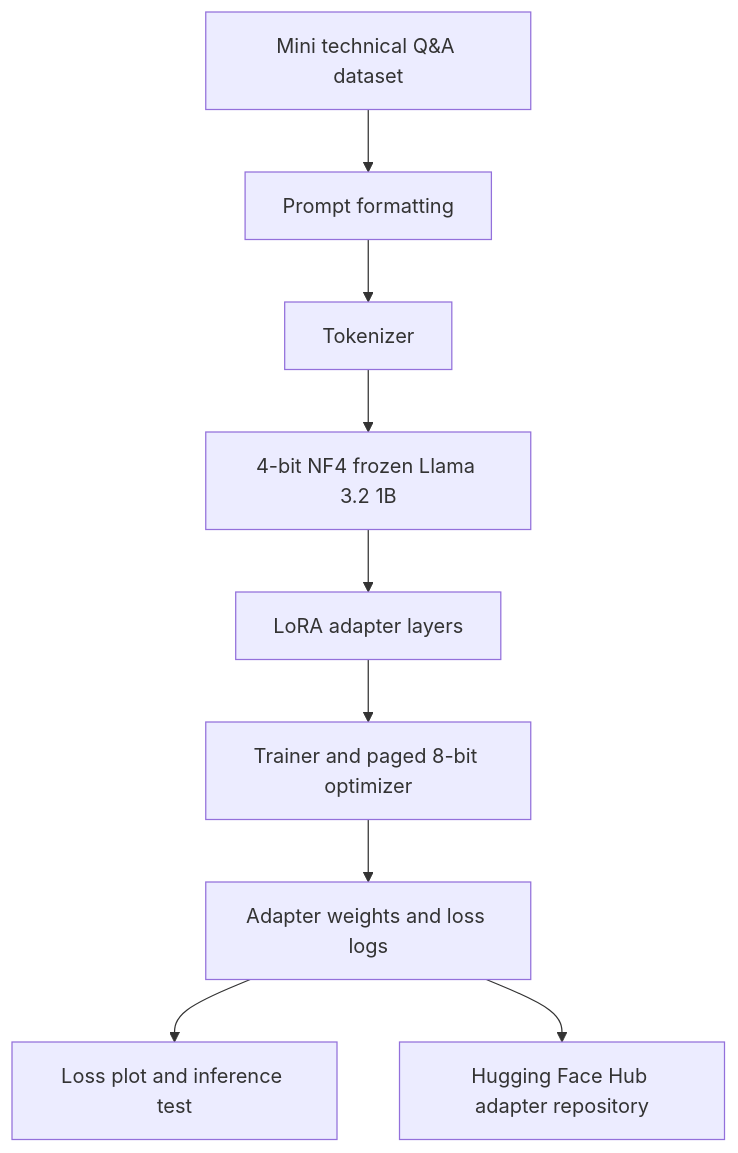
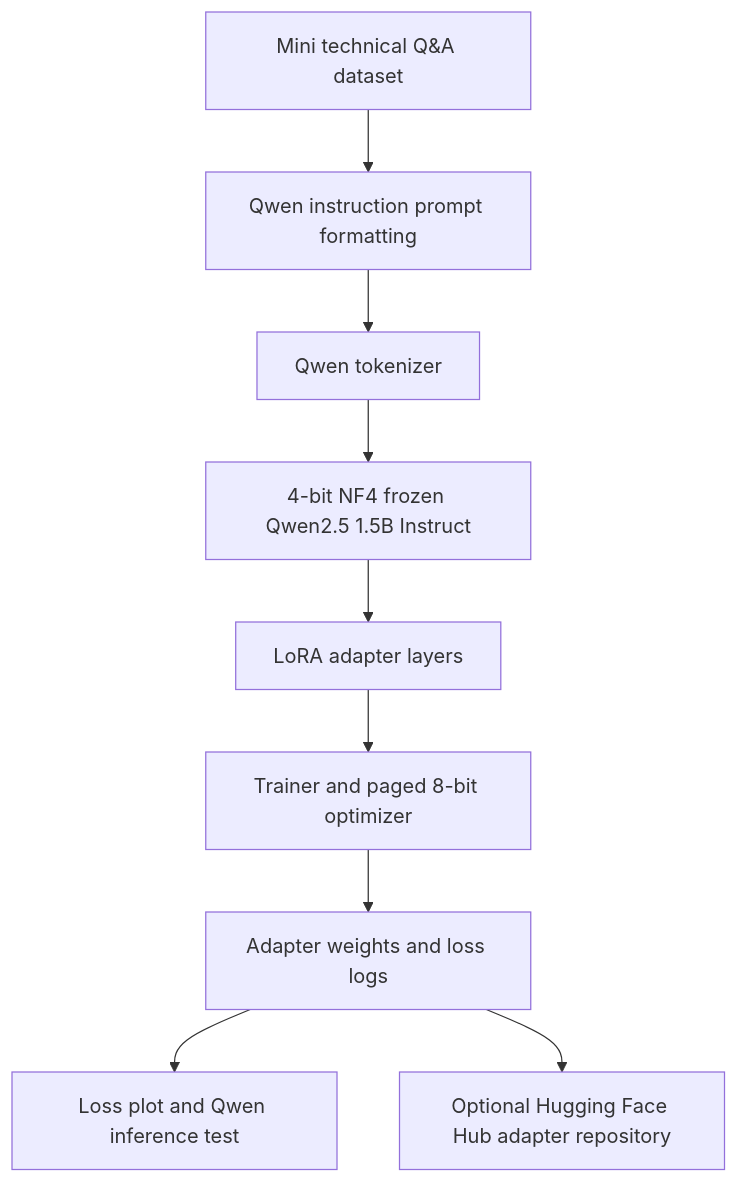
Before and after one commit to shallow2024/Day5-qlora-finetuning-notebook: the diagram in docs/architecture.md, drawn with Mermaid. The commit also changed other lines of this file and 3 other files, not shown here.

````diff
--- a/docs/architecture.md
+++ b/docs/architecture.md
@@ -3,11 +3,11 @@
 ```mermaid
 flowchart TD
-    A[Mini technical Q&A dataset] --> B[Prompt formatting]
-    B --> C[Tokenizer]
-    C --> D[4-bit NF4 frozen Llama 3.2 1B]
+    A[Mini technical Q&A dataset] --> B[Qwen instruction prompt formatting]
+    B --> C[Qwen tokenizer]
+    C --> D[4-bit NF4 frozen Qwen2.5 1.5B Instruct]
     D --> E[LoRA adapter layers]
     E --> F[Trainer and paged 8-bit optimizer]
     F --> G[Adapter weights and loss logs]
-    G --> H[Loss plot and inference test]
-    G --> I[Hugging Face Hub adapter repository]
+    G --> H[Loss plot and Qwen inference test]
+    G --> I[Optional Hugging Face Hub adapter repository]
 ```
````
